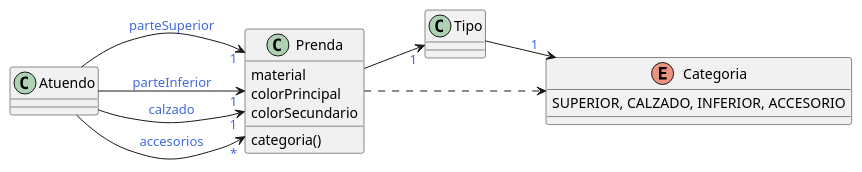
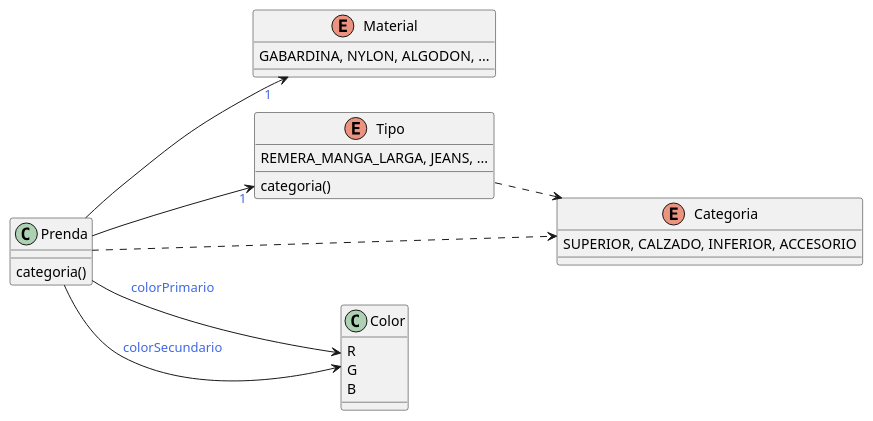
One commit to ariel-/tp-dds-qmp changed the diagram in assets/qmp.puml. Above: the diagram before and after it, drawn with PlantUML. The commit also changed 4 other files, not shown here.

```diff
--- a/assets/qmp.puml
+++ b/assets/qmp.puml
@@ -1,25 +1,30 @@
 @startuml
 left to right direction
 skinparam backgroundColor transparent
 skinparam arrowFontColor royalblue
 
 class Prenda {
-    material
-    colorPrincipal
-    colorSecundario
-
     categoria()
 }
-class Tipo
-class Atuendo
+enum Material {
+    GABARDINA, NYLON, ALGODON, ...
+}
+enum Tipo {
+    REMERA_MANGA_LARGA, JEANS, ...
+    categoria()
+}
 enum Categoria {
     SUPERIOR, CALZADO, INFERIOR, ACCESORIO
 }
+class Color {
+    R
+    G
+    B
+}
+Prenda --> Color : colorPrimario
+Prenda --> Color : colorSecundario
+Prenda --> "1" Material
 Prenda ..> Categoria
 Prenda --> "1" Tipo
-Tipo --> "1" Categoria
-Atuendo --> "1" Prenda : parteSuperior
-Atuendo --> "1" Prenda : parteInferior
-Atuendo --> "1" Prenda : calzado
-Atuendo --> "*" Prenda : accesorios
+Tipo ..> Categoria
 @enduml
```
